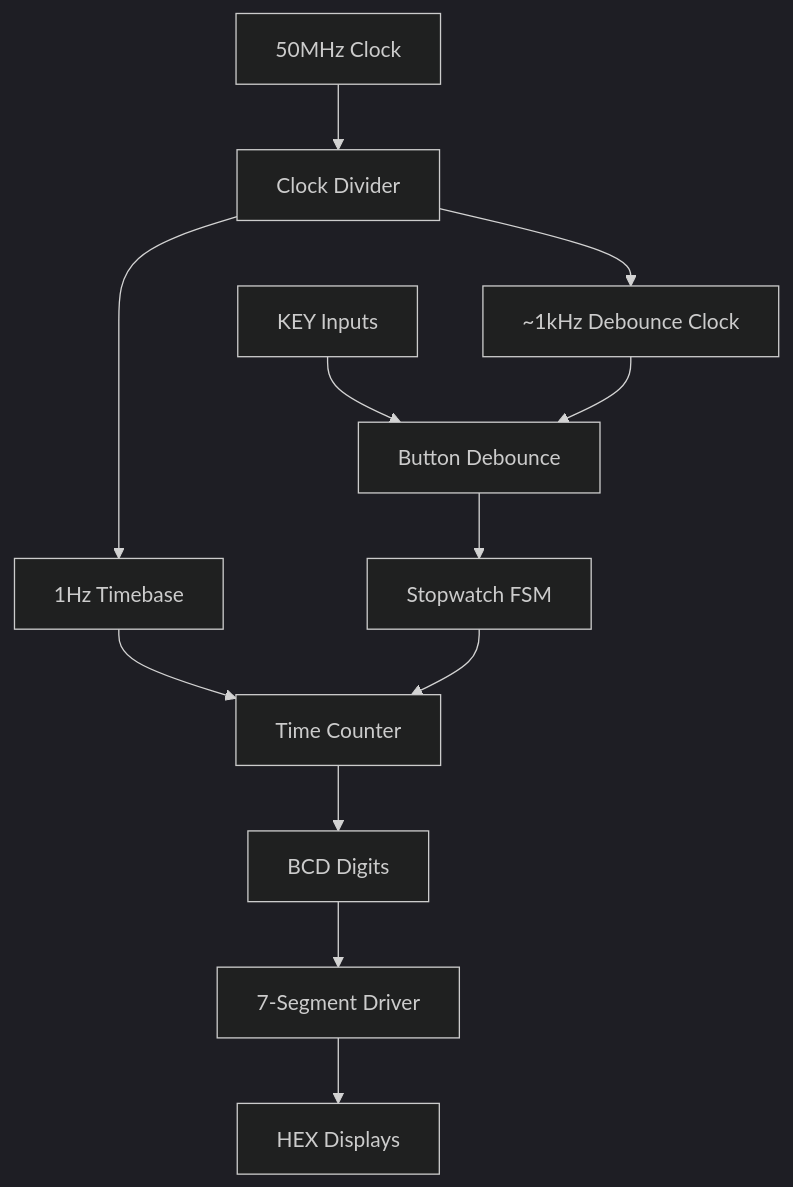
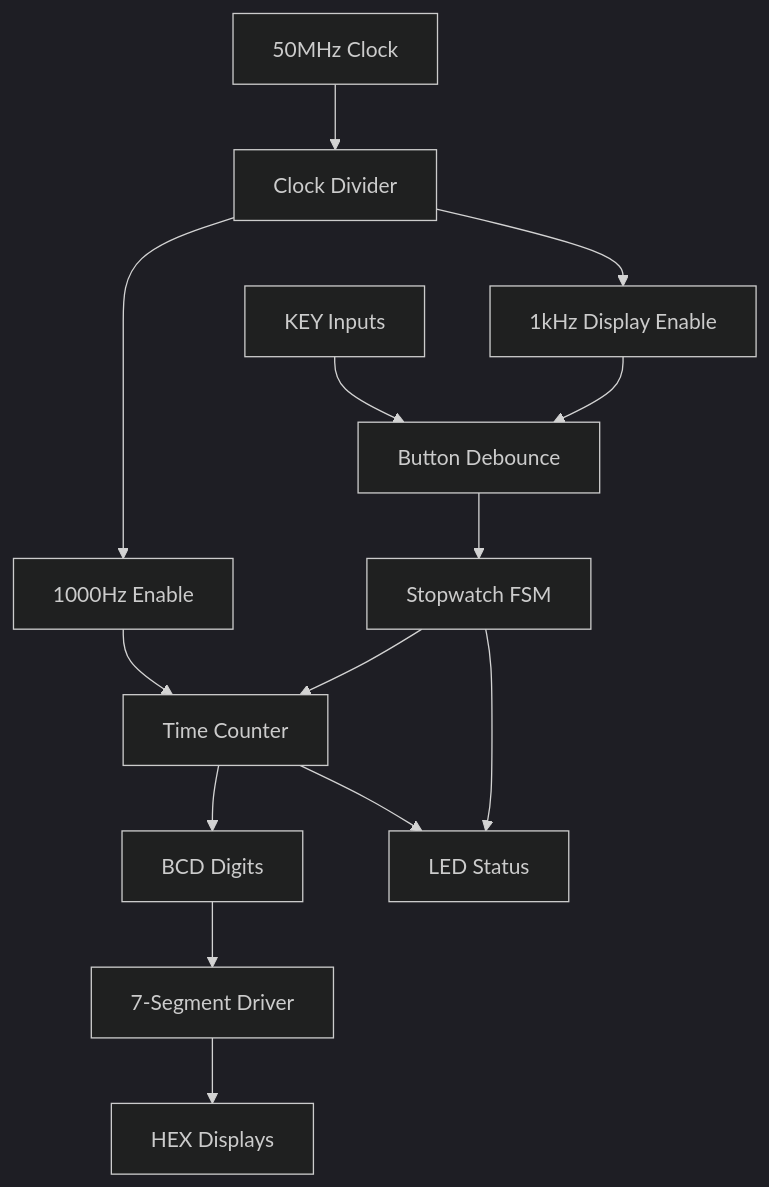
Before and after one commit to adi2004sz/STOPWATCH-Intel-DE10-Lite-FPGA: the diagram in README.md, drawn with Mermaid (dark theme). The commit also changed other lines of this file and 4 other files, not shown here.

````diff
--- a/README.md
+++ b/README.md
@@ -119,17 +149,19 @@
 ```mermaid
 graph TD
     A[50MHz Clock] --> B[Clock Divider]
-    B --> C[1Hz Timebase]
-    B --> D[~1kHz Debounce Clock]
+    B --> C[1000Hz Enable]
+    B --> D[1kHz Display Enable]
     
     E[KEY Inputs] --> F[Button Debounce]
     F --> G[Stopwatch FSM]
     D --> F
     
     C --> H[Time Counter]
     G --> H
+    G --> L[LED Status]
     
     H --> I[BCD Digits]
     I --> J[7-Segment Driver]
     J --> K[HEX Displays]
+    H --> L
 ```
````
